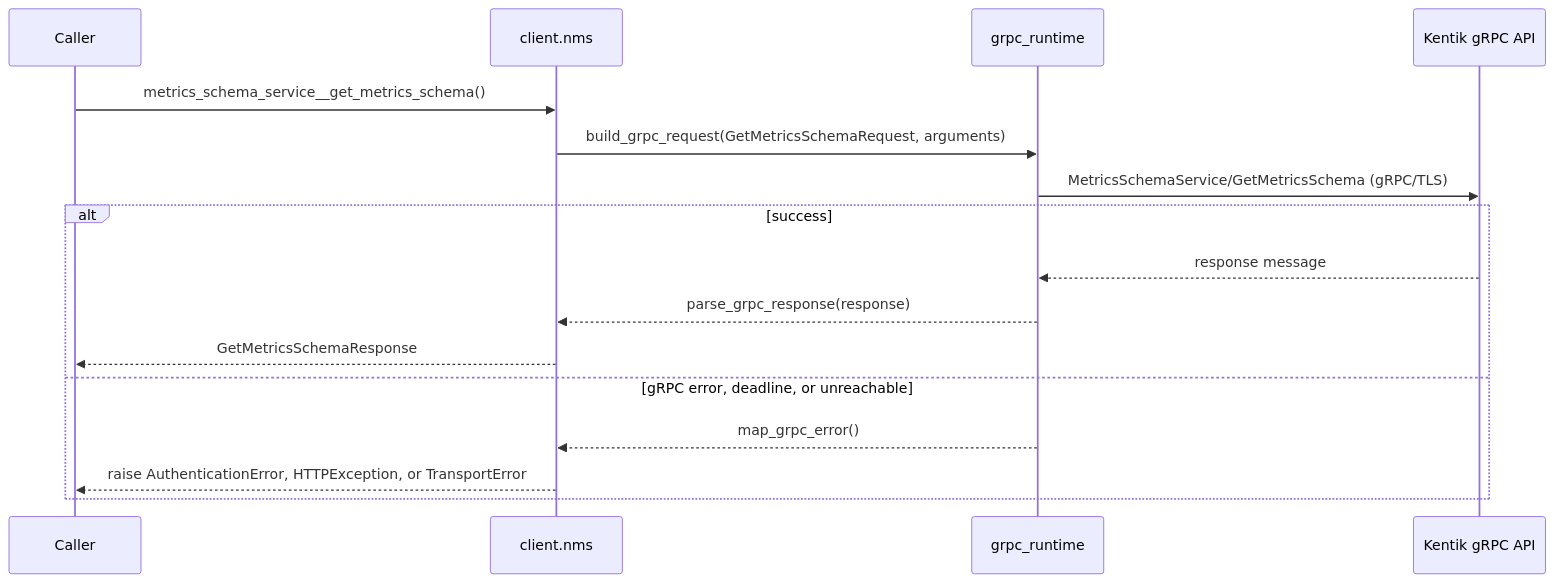
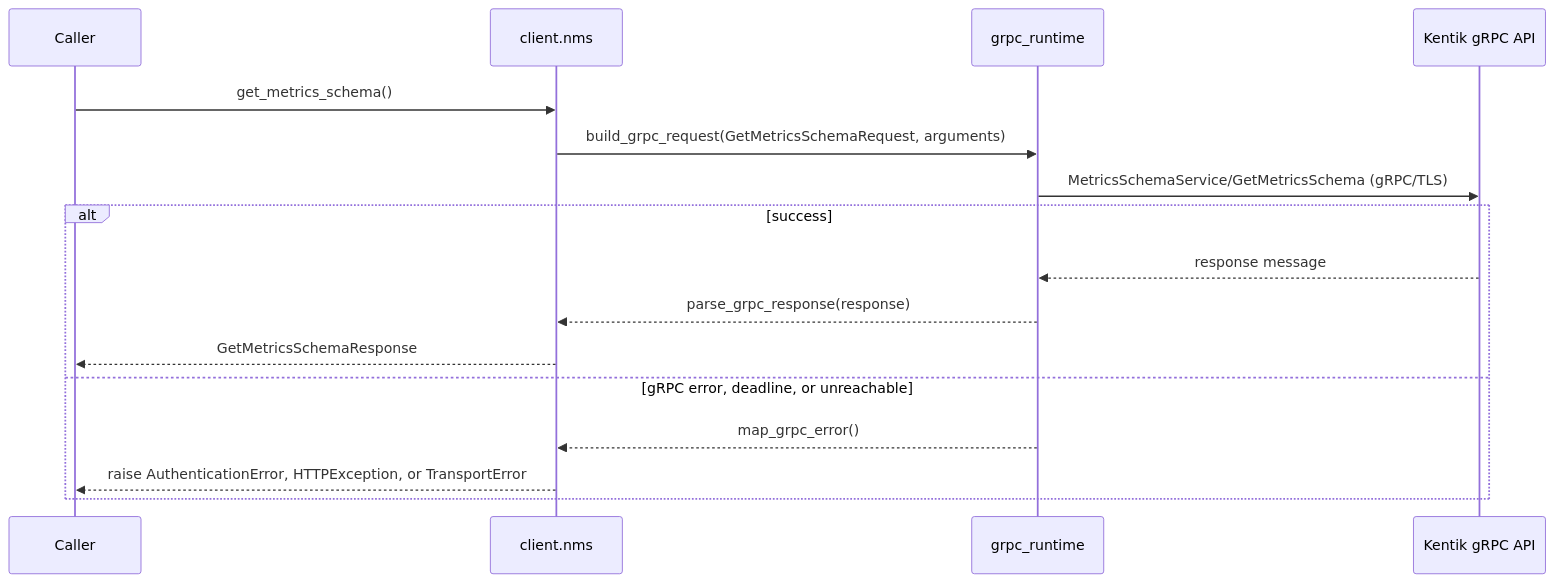
The third of 4 diagrams in docs/sphinx/services/nms.md (alexdearaujo/community_sdk_python), drawn with Mermaid before and after one commit. The commit also changed other lines of this file and 10 other files, not shown here.

````diff
--- a/docs/sphinx/services/nms.md
+++ b/docs/sphinx/services/nms.md
@@ -55,19 +55,19 @@
 ```mermaid
 sequenceDiagram
     participant C as Caller
     participant W as client.nms
     participant R as grpc_runtime
     participant API as Kentik gRPC API
 
-    C->>W: metrics_schema_service__get_metrics_schema()
+    C->>W: get_metrics_schema()
     W->>R: build_grpc_request(GetMetricsSchemaRequest, arguments)
     R->>API: MetricsSchemaService/GetMetricsSchema (gRPC/TLS)
     alt success
         API-->>R: response message
         R-->>W: parse_grpc_response(response)
         W-->>C: GetMetricsSchemaResponse
     else gRPC error, deadline, or unreachable
         R-->>W: map_grpc_error()
         W-->>C: raise AuthenticationError, HTTPException, or TransportError
     end
 ```
````
